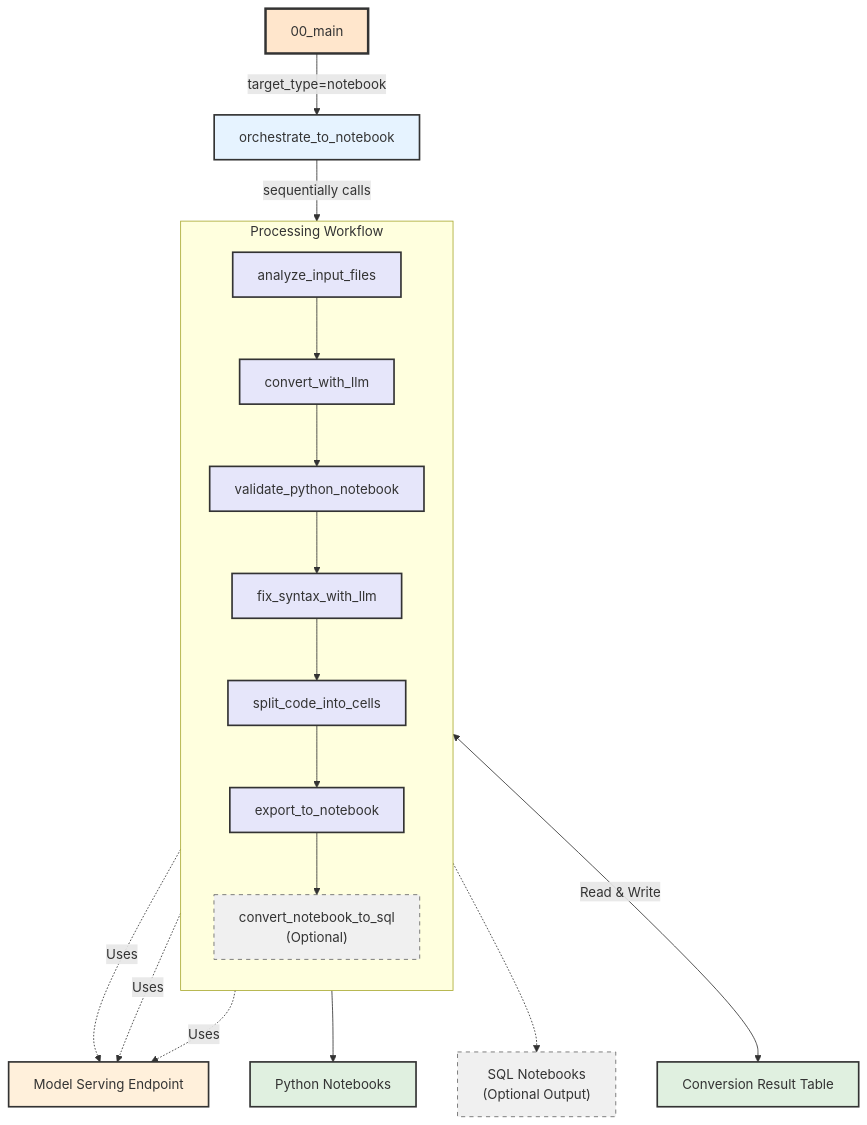
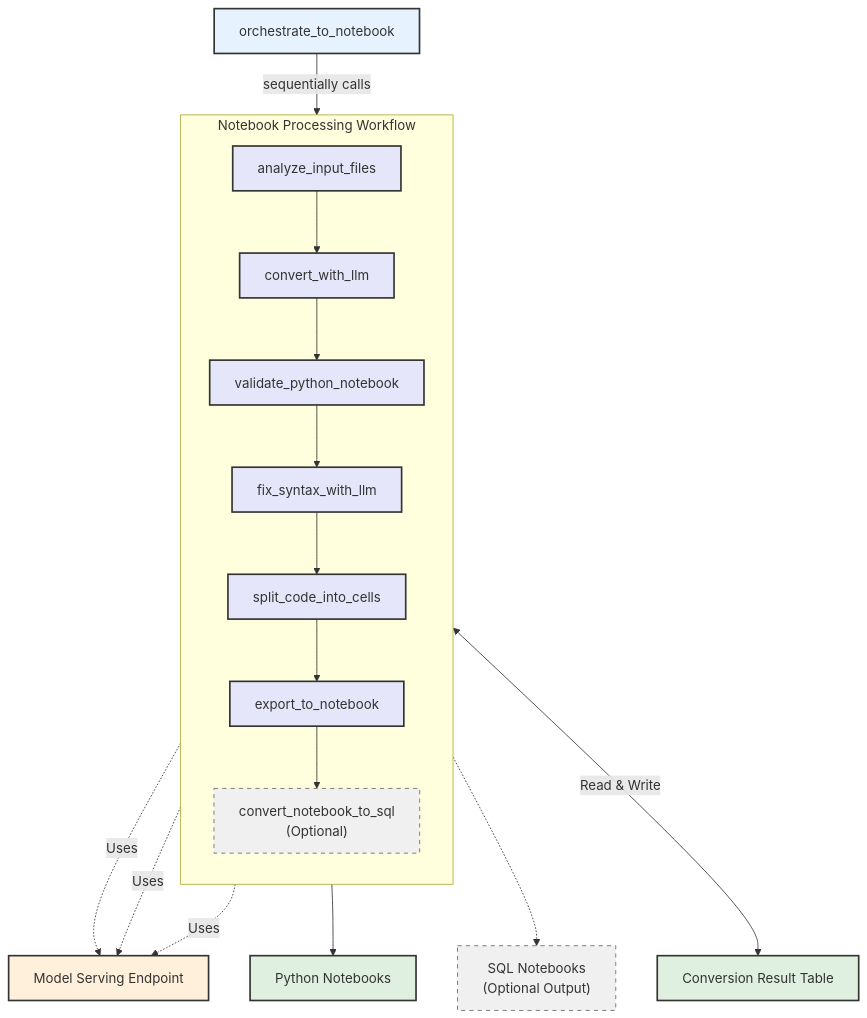
Before and after one commit to hiroyukinakazato-db/lakebridge: the second of 3 diagrams in docs/lakebridge/docs/transpile/switch_overview.mdx, drawn with Mermaid. The commit also changed other lines of this file, not shown here.

````diff
--- a/docs/lakebridge/docs/transpile/switch_overview.mdx
+++ b/docs/lakebridge/docs/transpile/switch_overview.mdx
@@ -284,41 +313,37 @@
 ```mermaid
 flowchart TD
-    main[00_main] -->|target_type=notebook| orchestrator[orchestrate_to_notebook]
+    orchestrator[orchestrate_to_notebook] -->|sequentially calls| processing
     
-    orchestrator -->|sequentially calls| processing
-    
-    subgraph processing ["Processing Workflow"]
+    subgraph processing ["Notebook Processing Workflow"]
         direction TB
         analyze[analyze_input_files] --> convert[convert_with_llm]
         convert --> validate[validate_python_notebook]
         validate --> fix[fix_syntax_with_llm]
         fix --> split[split_code_into_cells]
         split --> export[export_to_notebook]
         export --> sqlExport["convert_notebook_to_sql<br>(Optional)"]
     end
     
     processing <-->|Read & Write| table[Conversion Result Table]
     
     convert -.->|Uses| endpoint[Model Serving Endpoint]
     fix -.->|Uses| endpoint
     sqlExport -.->|Uses| endpoint
     
     export --> notebooks[Python Notebooks]
     sqlExport -.-> sqlNotebooks["SQL Notebooks<br>(Optional Output)"]
 
     %% Styling
-    classDef entry fill:#FFE6CC,stroke:#333,stroke-width:3px;
     classDef orchestrator fill:#E6F3FF,stroke:#333,stroke-width:2px;
     classDef process fill:#E6E6FA,stroke:#333,stroke-width:2px;
     classDef data fill:#E0F0E0,stroke:#333,stroke-width:2px;
     classDef external fill:#FFF0DB,stroke:#333,stroke-width:2px;
     classDef optional fill:#F0F0F0,stroke:#666,stroke-width:1px,stroke-dasharray: 5 5;
     
-    class main entry;
     class orchestrator orchestrator;
     class analyze,convert,validate,fix,split,export process;
     class sqlExport optional;
     class table,notebooks data;
     class sqlNotebooks optional;
     class endpoint external;
 ```
````
